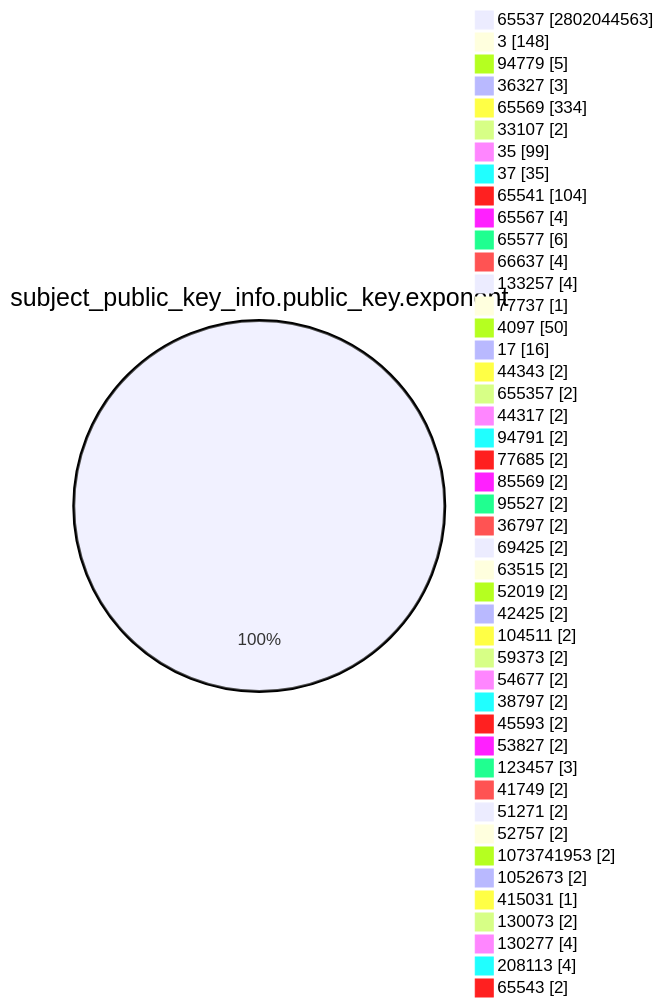
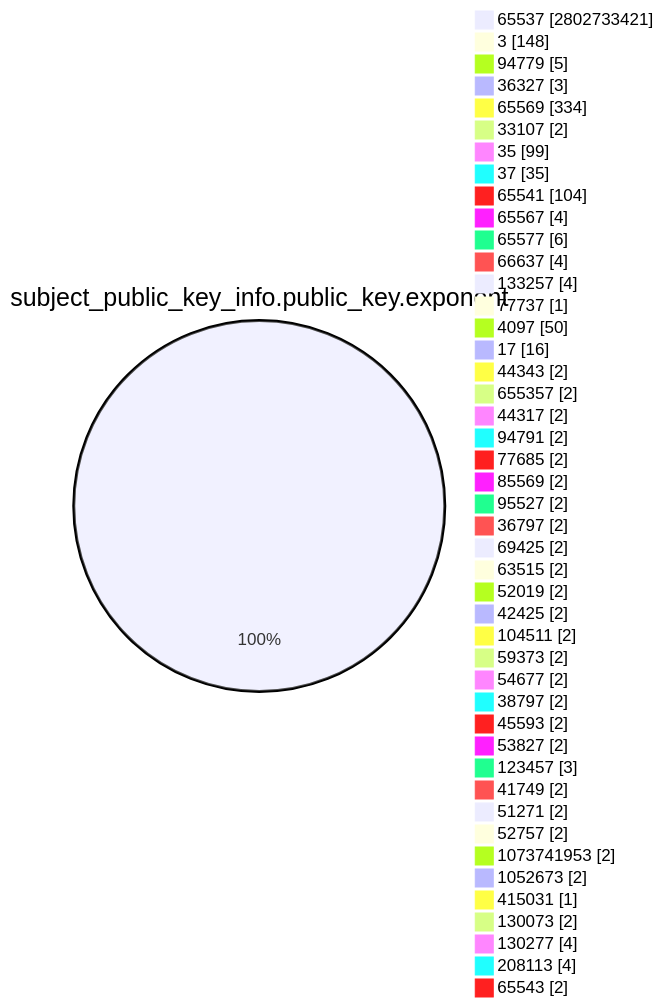
Before and after one commit to christiankrug/ctmonitor_visualization: the fourth of 15 diagrams in TOTAL/README.md, drawn with Mermaid. The commit also changed other lines of this file, not shown here.

````diff
--- a/TOTAL/README.md
+++ b/TOTAL/README.md
@@ -1467,49 +1467,49 @@
 ```mermaid
 pie showData
 title subject_public_key_info.public_key.exponent
-"65537" :2802044563
+"65537" :2802733421
 "3" :148
 "94779" :5
 "36327" :3
 "65569" :334
 "33107" :2
 "35" :99
 "37" :35
 "65541" :104
 "65567" :4
 "65577" :6
 "66637" :4
 "133257" :4
 "77737" :1
 "4097" :50
 "17" :16
 "44343" :2
 "655357" :2
 "44317" :2
 "94791" :2
 "77685" :2
 "85569" :2
 "95527" :2
 "36797" :2
 "69425" :2
 "63515" :2
 "52019" :2
 "42425" :2
 "104511" :2
 "59373" :2
 "54677" :2
 "38797" :2
 "45593" :2
 "53827" :2
 "123457" :3
 "41749" :2
 "51271" :2
 "52757" :2
 "1073741953" :2
 "1052673" :2
 "415031" :1
 "130073" :2
 "130277" :4
 "208113" :4
 "65543" :2
 ```
````
